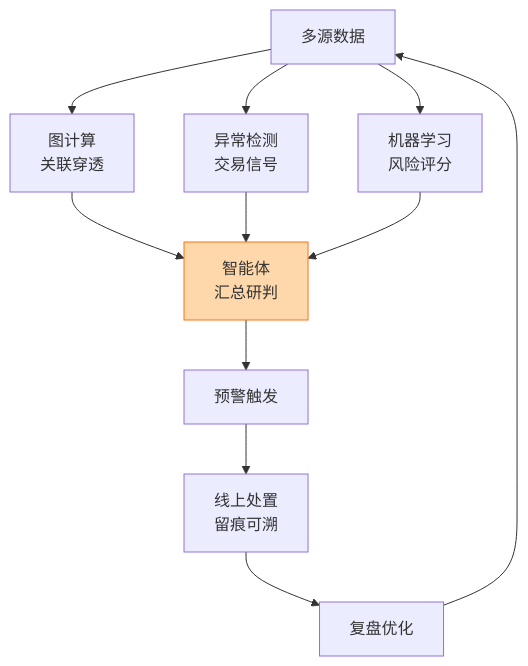
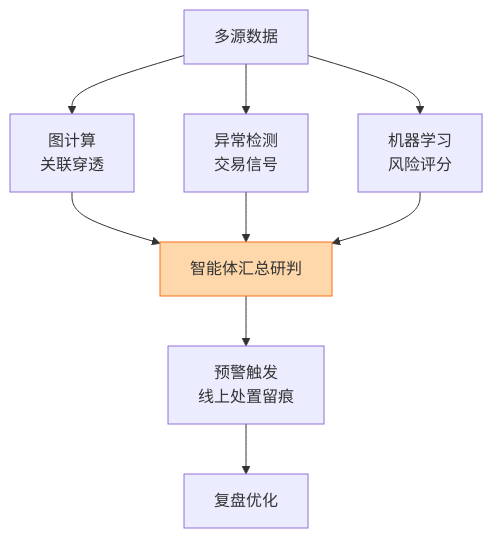
The second of 5 diagrams in courseware/pages/part4.md (bettermorn/StudyAIApplication), drawn with Mermaid before and after one commit. The commit also changed other lines of this file, not shown here.

First line of the commit message:
Revise FinRobot case study and update diagrams

````diff
--- a/courseware/pages/part4.md
+++ b/courseware/pages/part4.md
@@ -168,14 +172,12 @@
 ```mermaid {scale: 0.6}
 flowchart TD
   A[多源数据] --> B[图计算<br/>关联穿透]
   A --> C[异常检测<br/>交易信号]
   A --> D[机器学习<br/>风险评分]
-  B --> E[智能体<br/>汇总研判]
+  B --> E[智能体汇总研判]
   C --> E
   D --> E
-  E --> F[预警触发]
-  F --> G[线上处置<br/>留痕可溯]
-  G --> H[复盘优化]
-  H --> A
+  E --> F[预警触发<br/>线上处置留痕]
+  F --> H[复盘优化]
   style E fill:#fed7aa,stroke:#f97316
 ```
````
